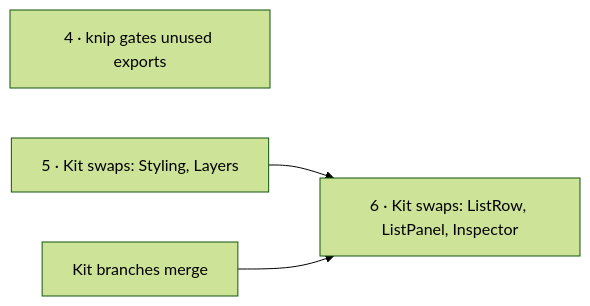
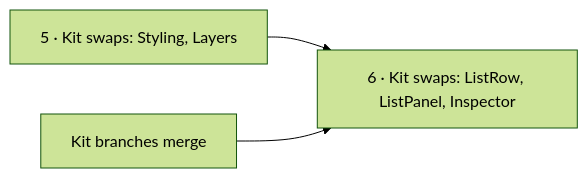
One commit to invana/invana changed the diagram in docs/for-developers/building-studio/cleanup.md. Above: the diagram before and after it, drawn with Mermaid (forest theme). The commit also changed other lines of this file and 86 other files, not shown here.

First line of the commit message:
chore(studio): knip gates unused exports and types

````diff
--- a/docs/for-developers/building-studio/cleanup.md
+++ b/docs/for-developers/building-studio/cleanup.md
@@ -12,6 +12,5 @@
 ```mermaid
 flowchart LR
-    D["4 · knip gates unused exports"]
     E["5 · Kit swaps: Styling, Layers"] --> F["6 · Kit swaps: ListRow, ListPanel, Inspector"]
     K["Kit branches merge"] --> F
 ```
````
